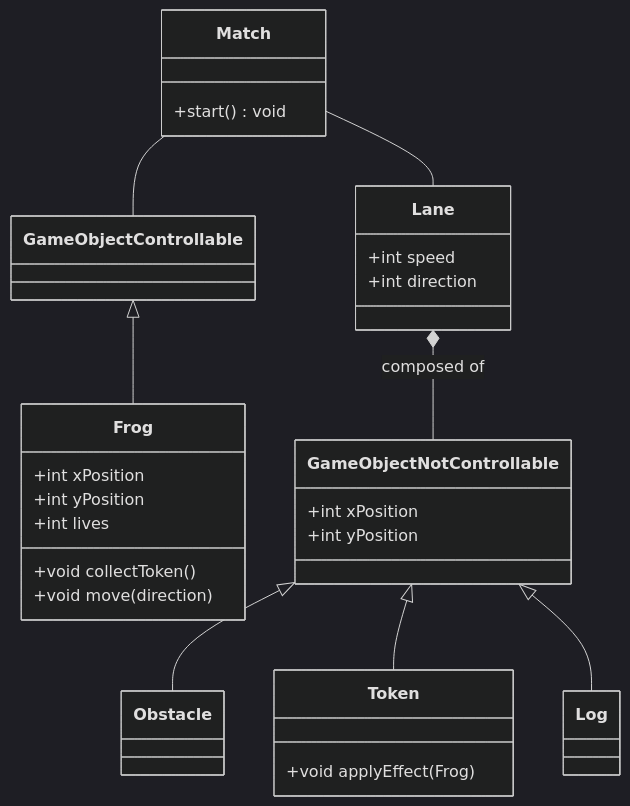
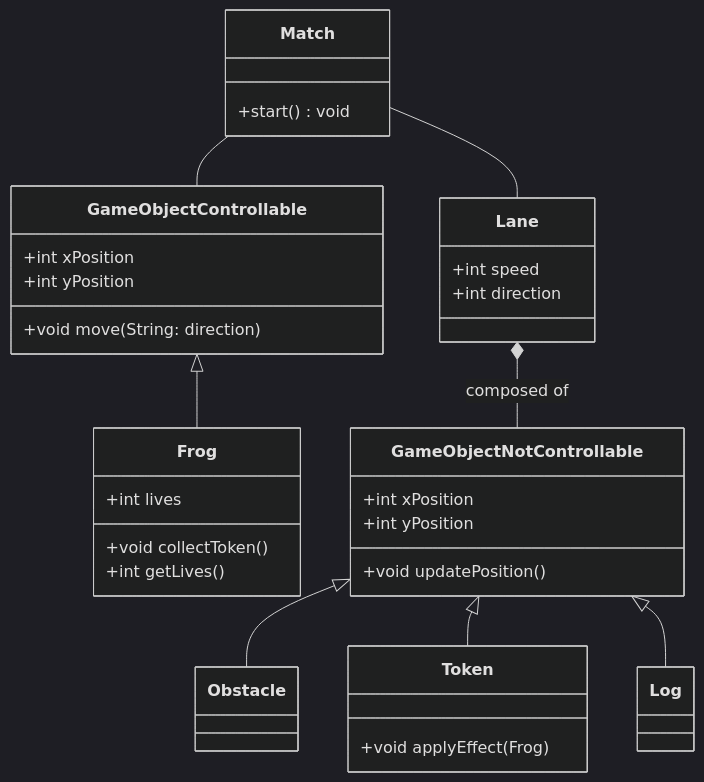
One commit to giuliavanni/frogger changed the first of 4 diagrams in README.md. Above: the diagram before and after it, drawn with Mermaid (dark theme).

Commit message:
UPDATE README to refine class diagram by introducing GameObjectControllable and GameObjectNotControllable classes, and adjusting Frog class methods

````diff
--- a/README.md
+++ b/README.md
@@ -51,38 +51,40 @@
 ```mermaid
 classDiagram
     class Match {
         +start() void
     }
-    class Frog {
+    class GameObjectControllable  {
         +int xPosition
         +int yPosition
+        +void move(String: direction)
+    }
+    class Frog {
         +int lives
         +void collectToken()
-        +void move(direction)
+        +int getLives()
     }
     class Lane {
         +int speed
         +int direction
+    }
+    class GameObjectNotControllable{
+        +int xPosition
+        +int yPosition
+        +void updatePosition()
     }
     class Obstacle {
     }
     class Log {
     }
     class Token {
         +void applyEffect(Frog)
-    }
-    class GameObjectControllable  {
-    }
-    class GameObjectNotControllable{
-        +int xPosition
-        +int yPosition
     }
     Match -- GameObjectControllable
     Match -- Lane
     GameObjectNotControllable <|-- Obstacle
     GameObjectNotControllable <|-- Token
     GameObjectNotControllable <|-- Log
     GameObjectControllable <|-- Frog
     Lane *-- GameObjectNotControllable : composed of
 
 ```
````
